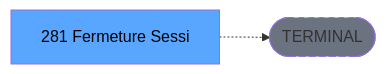
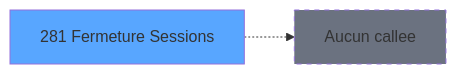
Before and after one commit to thonyAGP/magic-migration: the third of 3 diagrams in .openspec/specs/ADH-IDE-281.md, drawn with Mermaid. The commit also changed other lines of this file and 493 other files, not shown here.

````diff
--- a/.openspec/specs/ADH-IDE-281.md
+++ b/.openspec/specs/ADH-IDE-281.md
@@ -139,8 +162,8 @@
 ```mermaid
 graph LR
-    T[281 Fermeture Sessi]
-    TERM([TERMINAL])
-    T -.-> TERM
-    style TERM fill:#6b7280,stroke-dasharray: 5 5
-    style T fill:#58a6ff,color:#000
+    T281[281 Fermeture Sessions]
+    style T281 fill:#58a6ff
+    NONE[Aucun callee]
+    T281 -.-> NONE
+    style NONE fill:#6b7280,stroke-dasharray: 5 5
 ```
````
